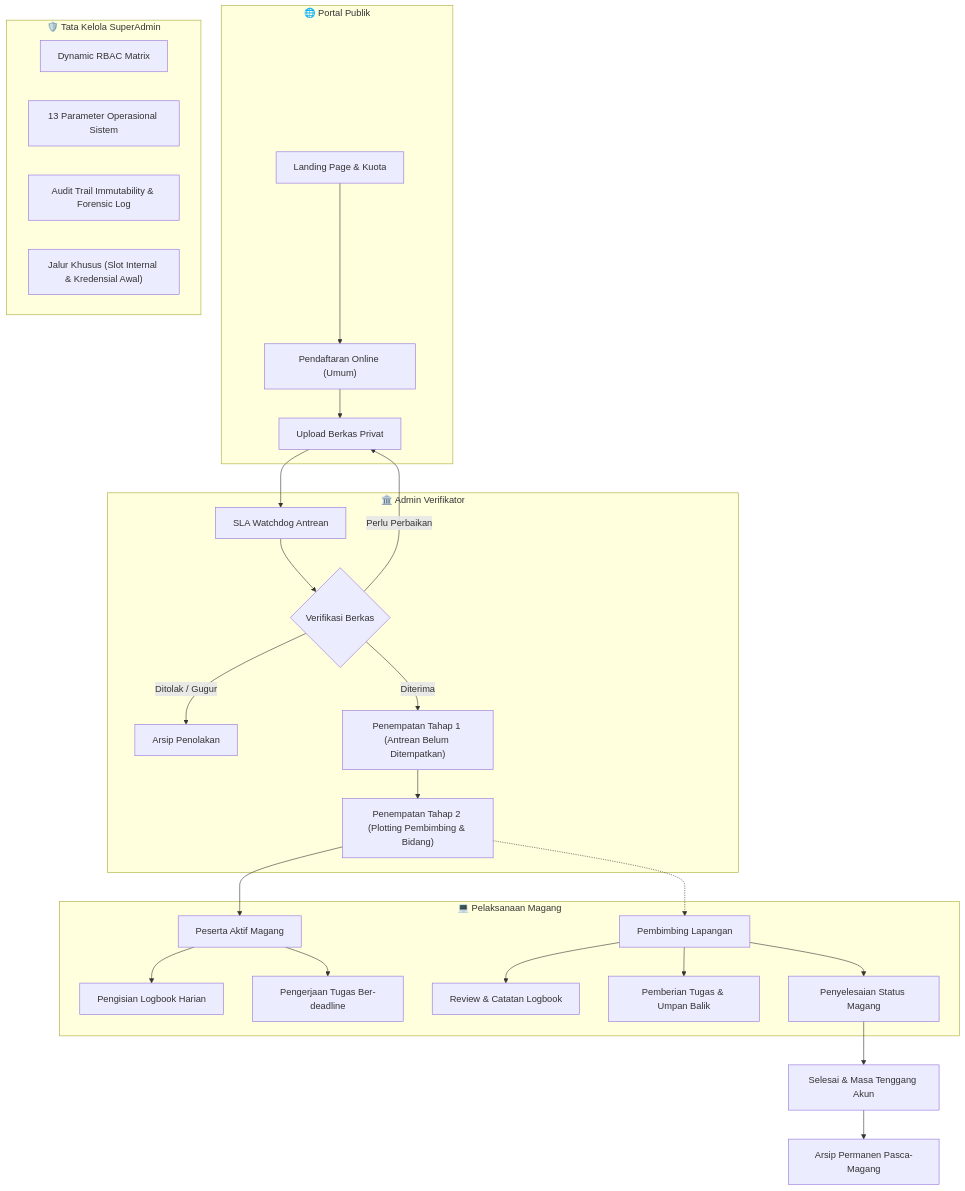
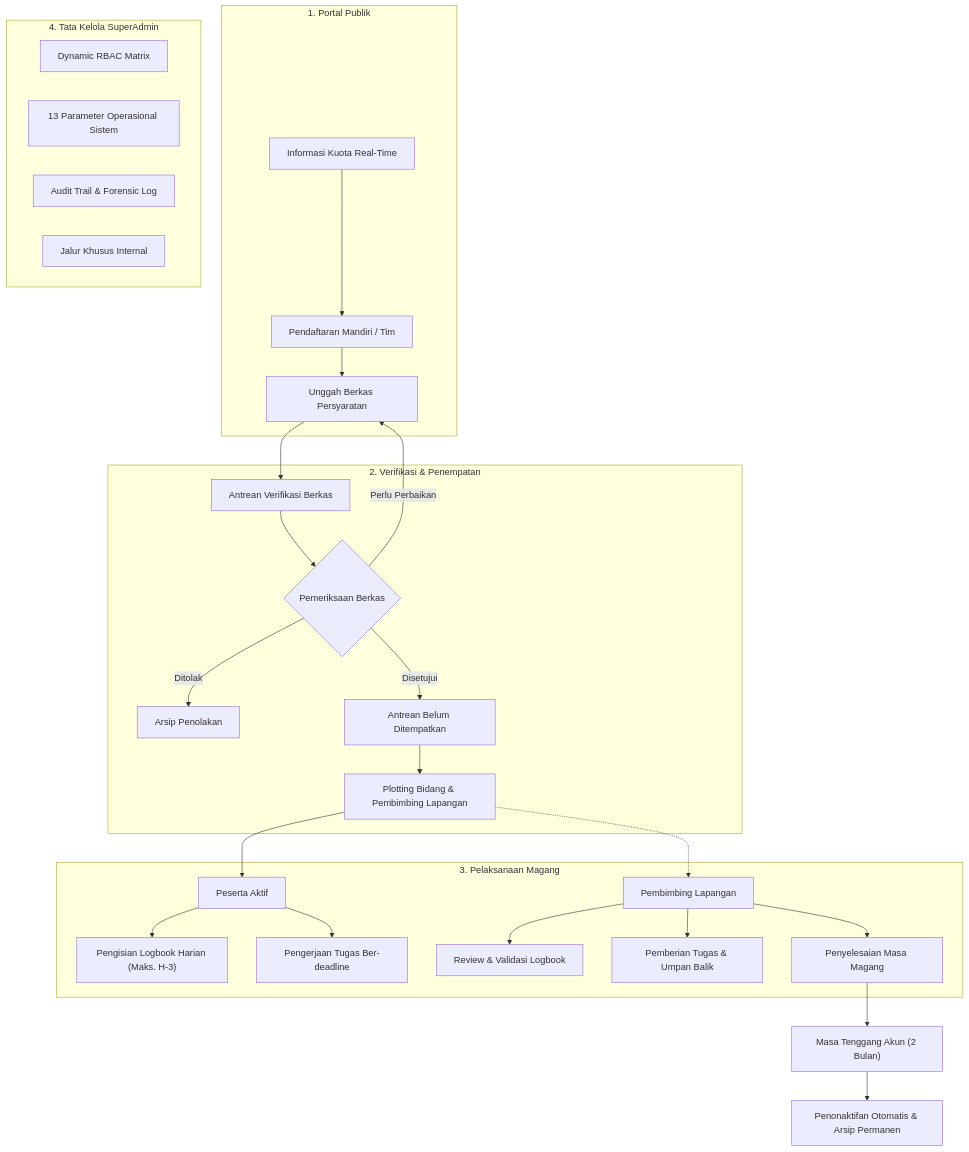
Before and after one commit to EvilAekt/MAGKOM: the diagram in README.md, drawn with Mermaid. The commit also changed other lines of this file, not shown here.

````diff
--- a/README.md
+++ b/README.md
@@ -61,36 +48,36 @@
 ```mermaid
 flowchart TD
-    subgraph Publik ["🌐 Portal Publik"]
-        A["Landing Page & Kuota"] --> B["Pendaftaran Online (Umum)"]
-        B --> C["Upload Berkas Privat"]
+    subgraph PortalPublik ["1. Portal Publik"]
+        A["Informasi Kuota Real-Time"] --> B["Pendaftaran Mandiri / Tim"]
+        B --> C["Unggah Berkas Persyaratan"]
     end
 
-    subgraph Admin ["🏛️ Admin Verifikator"]
-        C --> D["SLA Watchdog Antrean"]
-        D --> E{"Verifikasi Berkas"}
+    subgraph AdminVerifikasi ["2. Verifikasi & Penempatan"]
+        C --> D["Antrean Verifikasi Berkas"]
+        D --> E{"Pemeriksaan Berkas"}
         E -- "Perlu Perbaikan" --> C
-        E -- "Ditolak / Gugur" --> F["Arsip Penolakan"]
-        E -- "Diterima" --> G["Penempatan Tahap 1 (Antrean Belum Ditempatkan)"]
-        G --> H["Penempatan Tahap 2 (Plotting Pembimbing & Bidang)"]
+        E -- "Ditolak" --> F["Arsip Penolakan"]
+        E -- "Disetujui" --> G["Antrean Belum Ditempatkan"]
+        G --> H["Plotting Bidang & Pembimbing Lapangan"]
     end
 
-    subgraph Pelaksanaan ["💻 Pelaksanaan Magang"]
-        H --> I["Peserta Aktif Magang"]
-        I --> J["Pengisian Logbook Harian"]
+    subgraph PelaksanaanMagang ["3. Pelaksanaan Magang"]
+        H --> I["Peserta Aktif"]
+        I --> J["Pengisian Logbook Harian (Maks. H-3)"]
         I --> K["Pengerjaan Tugas Ber-deadline"]
-        L["Pembimbing Lapangan"] --> M["Review & Catatan Logbook"]
+        L["Pembimbing Lapangan"] --> M["Review & Validasi Logbook"]
         L --> N["Pemberian Tugas & Umpan Balik"]
-        L --> O["Penyelesaian Status Magang"]
+        L --> O["Penyelesaian Masa Magang"]
     end
 
-    subgraph SuperAdmin ["🛡️ Tata Kelola SuperAdmin"]
+    subgraph TataKelolaSistem ["4. Tata Kelola SuperAdmin"]
         P["Dynamic RBAC Matrix"]
         Q["13 Parameter Operasional Sistem"]
-        R["Audit Trail Immutability & Forensic Log"]
-        S["Jalur Khusus (Slot Internal & Kredensial Awal)"]
+        R["Audit Trail & Forensic Log"]
+        S["Jalur Khusus Internal"]
     end
 
     H -.-> L
-    O --> T["Selesai & Masa Tenggang Akun"]
-    T --> U["Arsip Permanen Pasca-Magang"]
+    O --> T["Masa Tenggang Akun (2 Bulan)"]
+    T --> U["Penonaktifan Otomatis & Arsip Permanen"]
 ```
````
